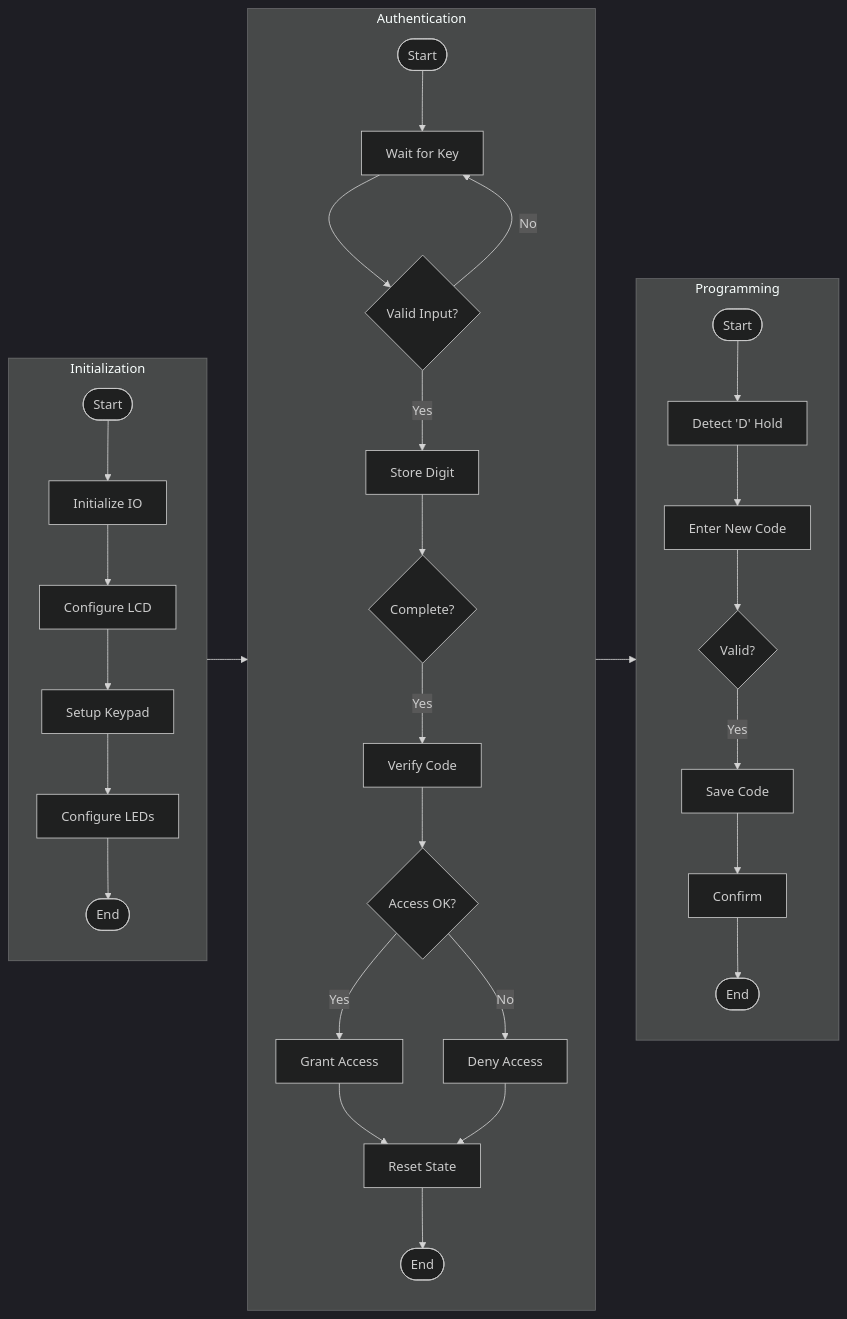
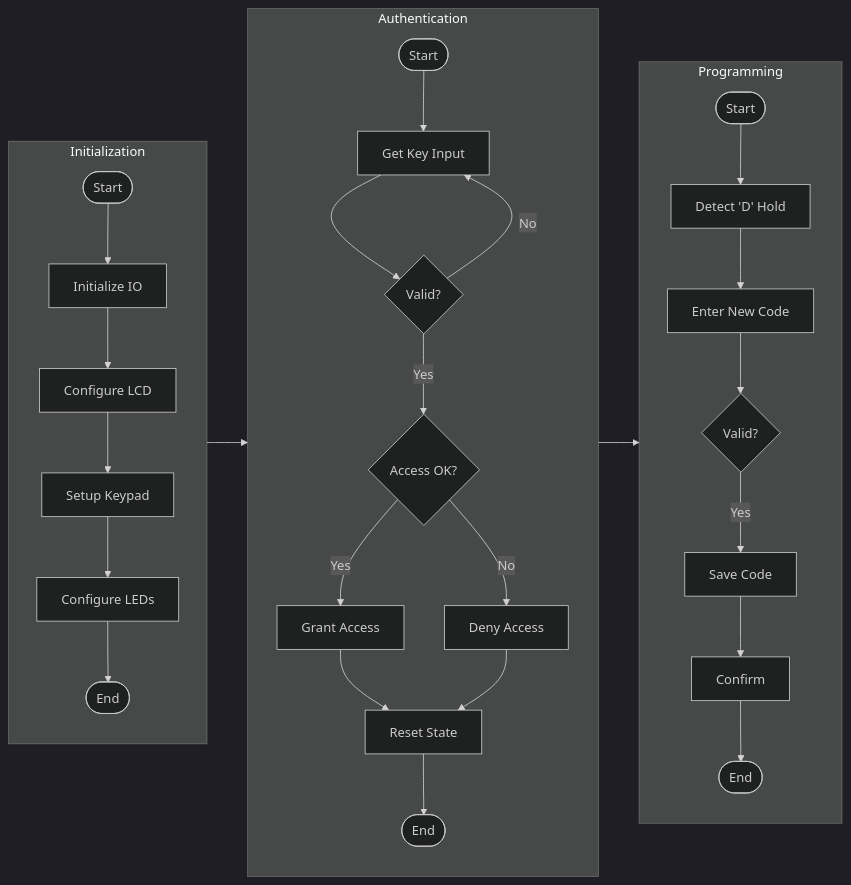
The fifth of 6 diagrams in README.md (huntrese/Embedded_systems), drawn with Mermaid (dark theme) before and after one commit. The commit also changed other lines of this file, not shown here.

````diff
--- a/README.md
+++ b/README.md
@@ -597,35 +635,34 @@
 ```mermaid
 flowchart LR
     subgraph Init["Initialization"]
         Start([Start]) --> IOInit["Initialize IO"]
         IOInit --> LCDInit["Configure LCD"]
         LCDInit --> KPInit["Setup Keypad"]
         KPInit --> LEDInit["Configure LEDs"]
         LEDInit --> End([End])
     end
+    
     subgraph Auth["Authentication"]
-        AuthStart([Start]) --> WaitKey["Wait for Key"]
-        WaitKey --> ValidKey{"Valid Input?"}
-        ValidKey -->|Yes| StoreDigit["Store Digit"]
-        ValidKey -->|No| WaitKey
-        StoreDigit --> Complete{"Complete?"}
-        Complete -->|Yes| Verify["Verify Code"]
-        Verify --> Access{"Access OK?"}
+        AuthStart([Start]) --> Input["Get Key Input"]
+        Input --> Valid{"Valid?"}
+        Valid -->|Yes| Access{"Access OK?"}
+        Valid -->|No| Input
         Access -->|Yes| Grant["Grant Access"]
         Access -->|No| Deny["Deny Access"]
         Grant --> Reset["Reset State"]
         Deny --> Reset
         Reset --> AuthEnd([End])
     end
+    
     subgraph Program["Programming"]
         ProgStart([Start]) --> HoldDetect["Detect 'D' Hold"]
         HoldDetect --> NewCode["Enter New Code"]
         NewCode --> Validate{"Valid?"}
         Validate -->|Yes| Save["Save Code"]
         Save --> Confirm["Confirm"]
         Confirm --> ProgEnd([End])
     end
+    
     Init --> Auth
     Auth --> Program
-
 ```
````
